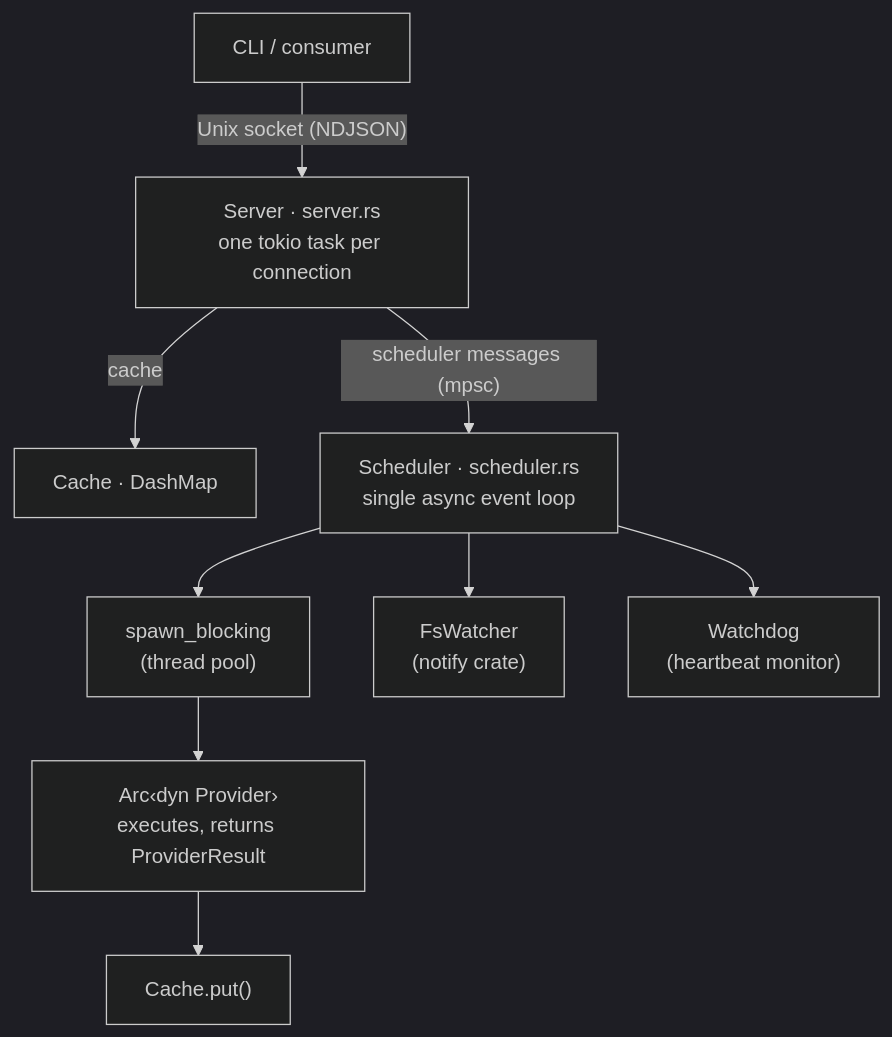
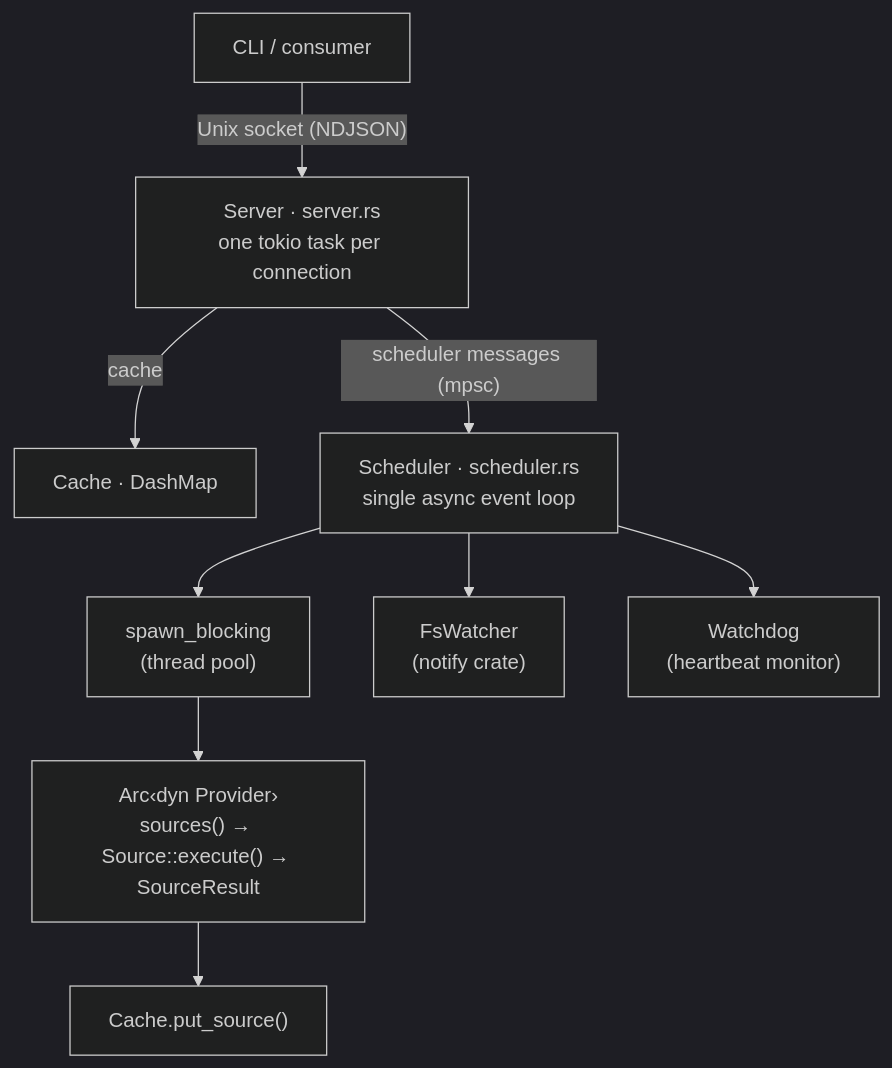
The first of 2 diagrams in website/docs/internals/architecture.md (NavistAu/beachcomber), drawn with Mermaid (dark theme) before and after one commit. The commit also changed other lines of this file and 24 other files, not shown here.

````diff
--- a/website/docs/internals/architecture.md
+++ b/website/docs/internals/architecture.md
@@ -14,14 +14,14 @@
 ```mermaid
 graph TB
     CLI["CLI / consumer"] -->|"Unix socket (NDJSON)"| Server
 
     Server["Server · server.rs<br/>one tokio task per connection"] -->|cache| Cache["Cache · DashMap"]
     Server -->|"scheduler messages (mpsc)"| Scheduler
 
     Scheduler["Scheduler · scheduler.rs<br/>single async event loop"] --> SB["spawn_blocking<br/>(thread pool)"]
     Scheduler --> FSW["FsWatcher<br/>(notify crate)"]
     Scheduler --> Watchdog["Watchdog<br/>(heartbeat monitor)"]
 
-    SB --> Provider["Arc‹dyn Provider›<br/>executes, returns ProviderResult"]
-    Provider --> Put["Cache.put()"]
+    SB --> Provider["Arc‹dyn Provider›<br/>sources() → Source::execute() → SourceResult"]
+    Provider --> Put["Cache.put_source()"]
 ```
````
